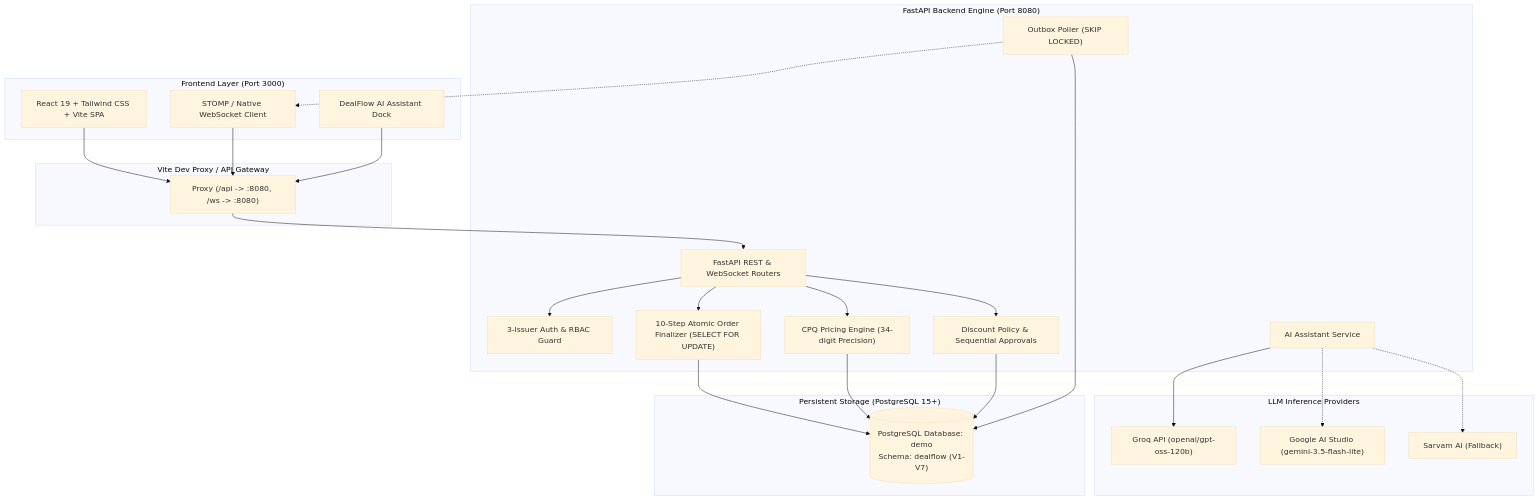
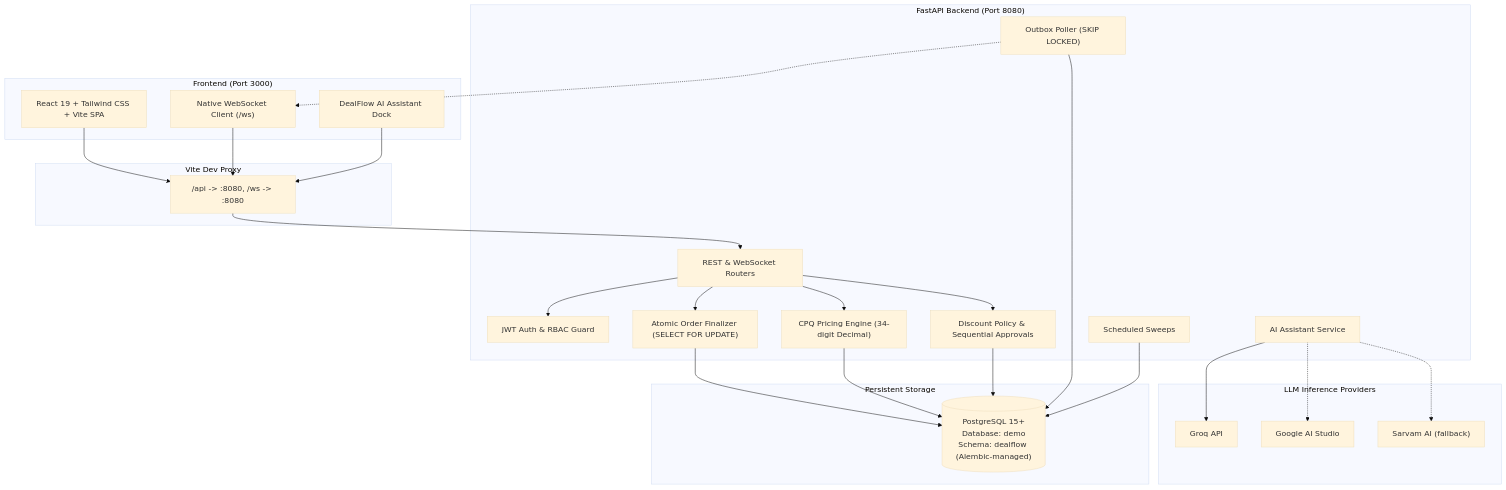
One commit to abhishek-3740/Odoo_Hack changed the diagram in README.md. Above: the diagram before and after it, drawn with Mermaid (base theme). The commit also changed other lines of this file and 18 other files, not shown here.

````diff
--- a/README.md
+++ b/README.md
@@ -10,49 +29,51 @@
 ```mermaid
 flowchart TD
-    subgraph Client ["Frontend Layer (Port 3000)"]
+    subgraph Client ["Frontend (Port 3000)"]
         UI["React 19 + Tailwind CSS + Vite SPA"]
-        Stomp["STOMP / Native WebSocket Client"]
+        WS["Native WebSocket Client (/ws)"]
         Dock["DealFlow AI Assistant Dock"]
     end
 
-    subgraph Gateway ["Vite Dev Proxy / API Gateway"]
-        Proxy["Proxy (/api -> :8080, /ws -> :8080)"]
+    subgraph Gateway ["Vite Dev Proxy"]
+        Proxy["/api -> :8080, /ws -> :8080"]
     end
 
-    subgraph Backend ["FastAPI Backend Engine (Port 8080)"]
-        Router["FastAPI REST & WebSocket Routers"]
-        Auth["3-Issuer Auth & RBAC Guard"]
-        Pricing["CPQ Pricing Engine (34-digit Precision)"]
+    subgraph Backend ["FastAPI Backend (Port 8080)"]
+        Router["REST & WebSocket Routers"]
+        Auth["JWT Auth & RBAC Guard"]
+        Pricing["CPQ Pricing Engine (34-digit Decimal)"]
         Policy["Discount Policy & Sequential Approvals"]
-        Finalize["10-Step Atomic Order Finalizer (SELECT FOR UPDATE)"]
+        Finalize["Atomic Order Finalizer (SELECT FOR UPDATE)"]
         Outbox["Outbox Poller (SKIP LOCKED)"]
+        Scheduler["Scheduled Sweeps"]
         Assistant["AI Assistant Service"]
     end
 
     subgraph External ["LLM Inference Providers"]
-        Groq["Groq API (openai/gpt-oss-120b)"]
-        Gemini["Google AI Studio (gemini-3.5-flash-lite)"]
-        Sarvam["Sarvam AI (Fallback)"]
+        Groq["Groq API"]
+        Gemini["Google AI Studio"]
+        Sarvam["Sarvam AI (fallback)"]
     end
 
-    subgraph Storage ["Persistent Storage (PostgreSQL 15+)"]
-        PG[("PostgreSQL Database: demo<br/>Schema: dealflow (V1-V7)")]
+    subgraph Storage ["Persistent Storage"]
+        PG[("PostgreSQL 15+<br/>Database: demo<br/>Schema: dealflow (Alembic-managed)")]
     end
 
     UI --> Proxy
-    Stomp --> Proxy
+    WS --> Proxy
     Dock --> Proxy
     Proxy --> Router
     Router --> Auth
     Router --> Pricing
     Router --> Policy
     Router --> Finalize
     Assistant --> Groq
     Assistant -.-> Gemini
     Assistant -.-> Sarvam
     Finalize --> PG
     Pricing --> PG
     Policy --> PG
     Outbox --> PG
-    Outbox -.-> Stomp
+    Scheduler --> PG
+    Outbox -.-> WS
 ```
````
